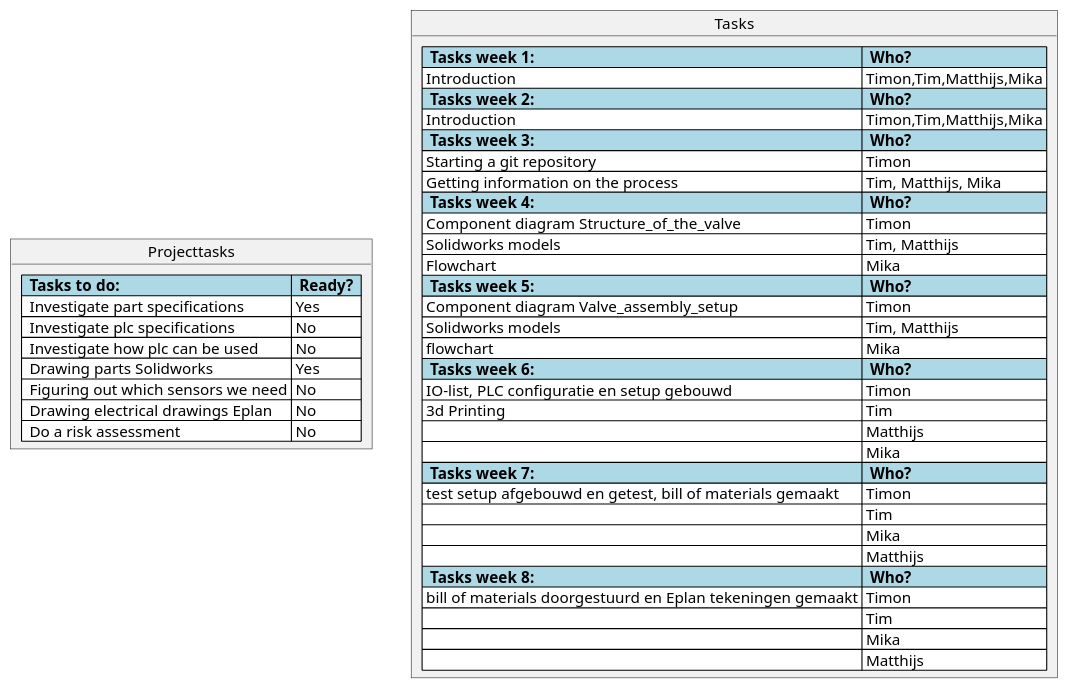
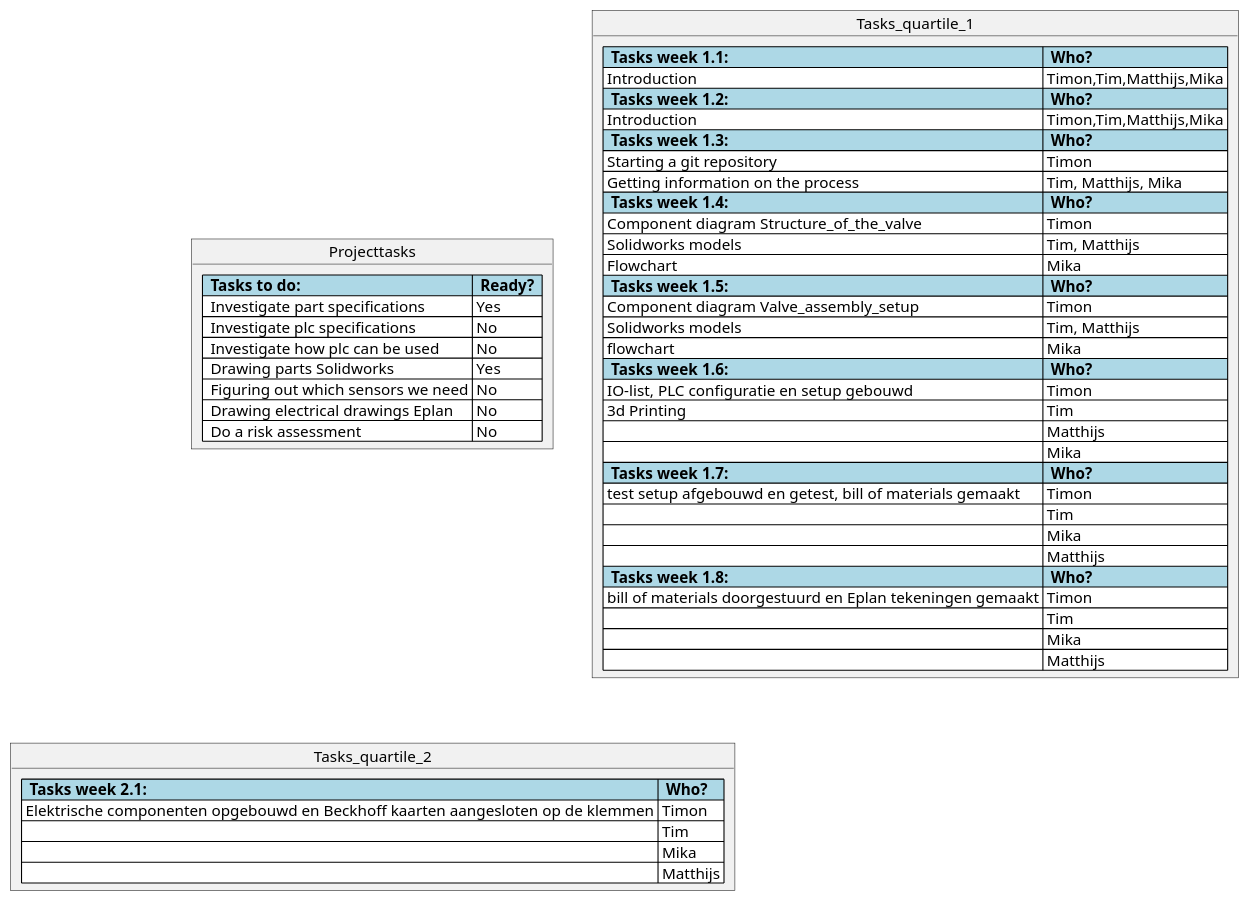
One commit to Timon14kraan/Project-Proces-and-Safety changed the diagram in src/Tasks.md. Above: the diagram before and after it, drawn with PlantUML. The commit also changed 6 other files, not shown here.

````diff
--- a/src/Tasks.md
+++ b/src/Tasks.md
@@ -5,71 +5,59 @@
 ```plantuml
 @startuml
 
 object Projecttasks {
   <#lightblue,#black>|=  Tasks to do:  |=  Ready?  |
   <#white>|  Investigate part specifications | Yes | 
   <#white>|  Investigate plc specifications | No |
   <#white>|  Investigate how plc can be used  | No |
   <#white>|  Drawing parts Solidworks | Yes |
   <#white>|  Figuring out which sensors we need | No |
   <#white>|  Drawing electrical drawings Eplan | No |
   <#white>|  Do a risk assessment | No |
 }
 
-object Tasks {
-  <#lightblue,#black>|=  Tasks week 1:  |=  Who?  |
+object Tasks_quartile_1 {
+  <#lightblue,#black>|=  Tasks week 1.1:  |=  Who?  |
   <#white>| Introduction | Timon,Tim,Matthijs,Mika |
-}
-
-object Tasks {
-  <#lightblue,#black>|=  Tasks week 2:  |=  Who?  |
+  <#lightblue,#black>|=  Tasks week 1.2:  |=  Who?  |
   <#white>| Introduction | Timon,Tim,Matthijs,Mika |
-}
-
-object Tasks {
-  <#lightblue,#black>|=  Tasks week 3:  |=  Who?  |
+  <#lightblue,#black>|=  Tasks week 1.3:  |=  Who?  |
   <#white>| Starting a git repository | Timon |
   <#white>| Getting information on the process | Tim, Matthijs, Mika |
-}
-
-object Tasks {
-  <#lightblue,#black>|=  Tasks week 4:  |=  Who?  |
+  <#lightblue,#black>|=  Tasks week 1.4:  |=  Who?  |
   <#white>| Component diagram Structure_of_the_valve | Timon |
   <#white>| Solidworks models| Tim, Matthijs |
   <#white>| Flowchart| Mika |
-}
-
-object Tasks {
-  <#lightblue,#black>|=  Tasks week 5:  |=  Who?  |
+  <#lightblue,#black>|=  Tasks week 1.5:  |=  Who?  |
   <#white>| Component diagram Valve_assembly_setup | Timon |
   <#white>| Solidworks models| Tim, Matthijs |
   <#white>| flowchart| Mika |
-}
-
-object Tasks {
-  <#lightblue,#black>|=  Tasks week 6:  |=  Who?  |
+  <#lightblue,#black>|=  Tasks week 1.6:  |=  Who?  |
   <#white>| IO-list, PLC configuratie en setup gebouwd | Timon |
   <#white>| 3d Printing | Tim |
   <#white>| | Matthijs |
   <#white>|  | Mika |
-}
-
-object Tasks {
-  <#lightblue,#black>|=  Tasks week 7:  |=  Who?  |
+  <#lightblue,#black>|=  Tasks week 1.7:  |=  Who?  |
   <#white>| test setup afgebouwd en getest, bill of materials gemaakt | Timon |
+  <#white>|  | Tim |
+  <#white>|  | Mika |
+  <#white>|  | Matthijs |
+  <#lightblue,#black>|=  Tasks week 1.8:  |=  Who?  |
+  <#white>| bill of materials doorgestuurd en Eplan tekeningen gemaakt | Timon |
   <#white>|  | Tim |
   <#white>|  | Mika |
   <#white>|  | Matthijs |
 }
 
-object Tasks {
-  <#lightblue,#black>|=  Tasks week 8:  |=  Who?  |
-  <#white>| bill of materials doorgestuurd en Eplan tekeningen gemaakt | Timon |
+
+object Tasks_quartile_2 {
+  <#lightblue,#black>|=  Tasks week 2.1:  |=  Who?  |
+  <#white>| Elektrische componenten opgebouwd en Beckhoff kaarten aangesloten op de klemmen | Timon |
   <#white>|  | Tim |
   <#white>|  | Mika |
   <#white>|  | Matthijs |
 }
 
 
 @endulm
 ```
````
